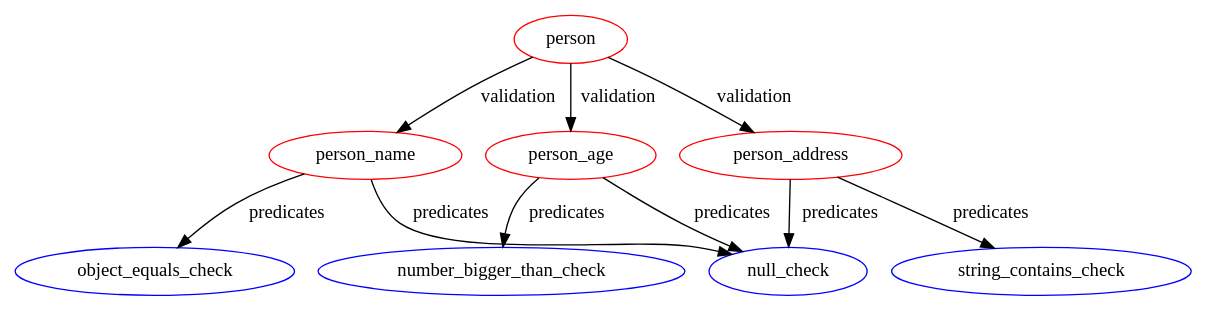
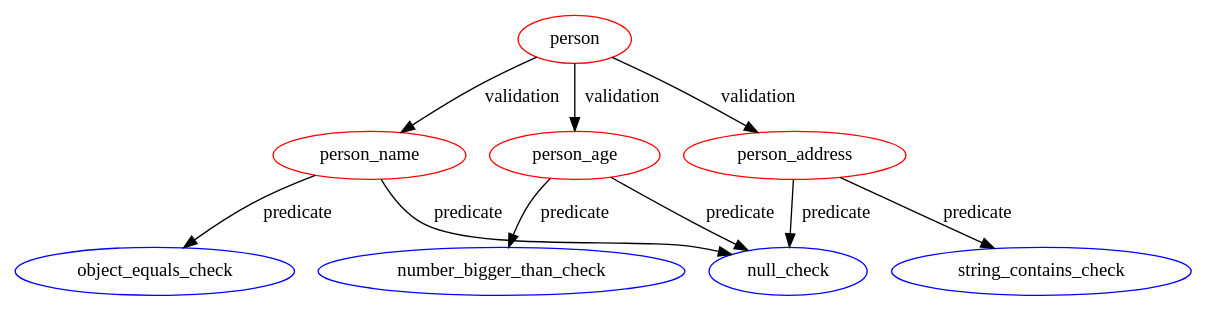
Before and after one commit to iintothewind/validation: the diagram in src/main/resources/person.dot, drawn with Graphviz. The commit also changed 2 other files, not shown here.

```diff
--- a/src/main/resources/person.dot
+++ b/src/main/resources/person.dot
@@ -1,16 +1,16 @@
 digraph Person {
 person [color = "red"]
 person_name [color = "red"]
 person_age [color = "red"]
 person_address [color = "red"]
 
 null_check [color = "blue"]
 object_equals_check [color = "blue"]
 number_bigger_than_check [color = "blue"]
 string_contains_check [color = "blue"]
 
 person -> {person_name, person_age, person_address} [stype = bold, label= "validation"];
-person_name -> {null_check, object_equals_check} [stype = bold, label = "predicates"];
-person_age -> {null_check, number_bigger_than_check} [stype= bold, label = "predicates"];
-person_address -> {null_check, string_contains_check} [stype = bold, label = "predicates"];
+person_name -> {null_check, object_equals_check} [stype = bold, label = "predicate"];
+person_age -> {null_check, number_bigger_than_check} [stype= bold, label = "predicate"];
+person_address -> {null_check, string_contains_check} [stype = bold, label = "predicate"];
 }
```
